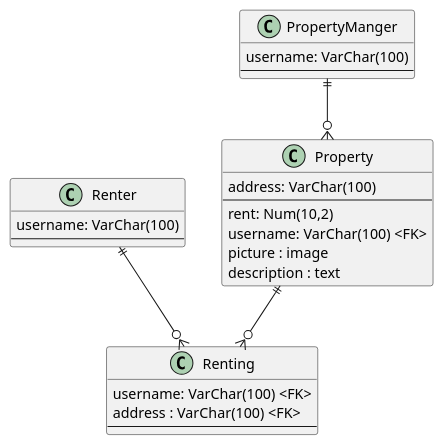
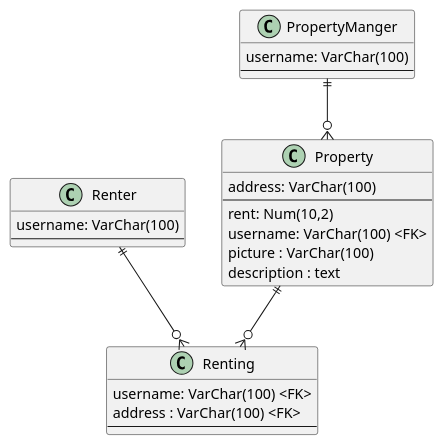
One commit to TheFifthNinja/PropertySleeze changed the diagram in sql/ERD.puml. Above: the diagram before and after it, drawn with PlantUML. The commit also changed 8 other files, not shown here.

```diff
--- a/sql/ERD.puml
+++ b/sql/ERD.puml
@@ -1,31 +1,39 @@
 @startuml
 
 class Renter{
     username: VarChar(100)
     --
 }
 
 class Renting{
     username: VarChar(100) <FK>
     address : VarChar(100) <FK>
     --
 }
 
 class Property{
  address: VarChar(100)
  --
  rent: Num(10,2)
  username: VarChar(100) <FK>
- picture : image
+ picture : VarChar(100)
  description : text
 }
 
 class PropertyManger{
  username: VarChar(100)
  --
 }
 Renter ||--o{ Renting
 Property ||--o{ Renting
 PropertyManger ||--o{ Property
 
+
+'class User{
+' username: VarChar(100)
+'--
+'}
+'User ||--o{ Renting
+'User ||--o{ Property
+
 @enduml
```
